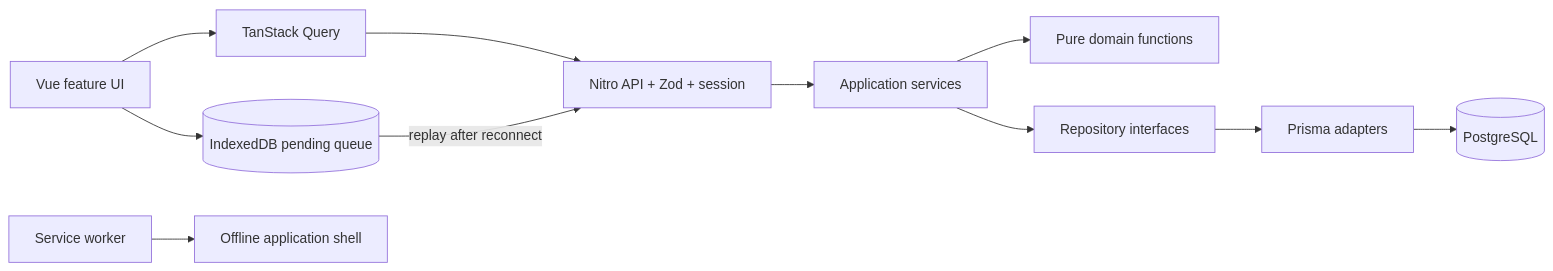
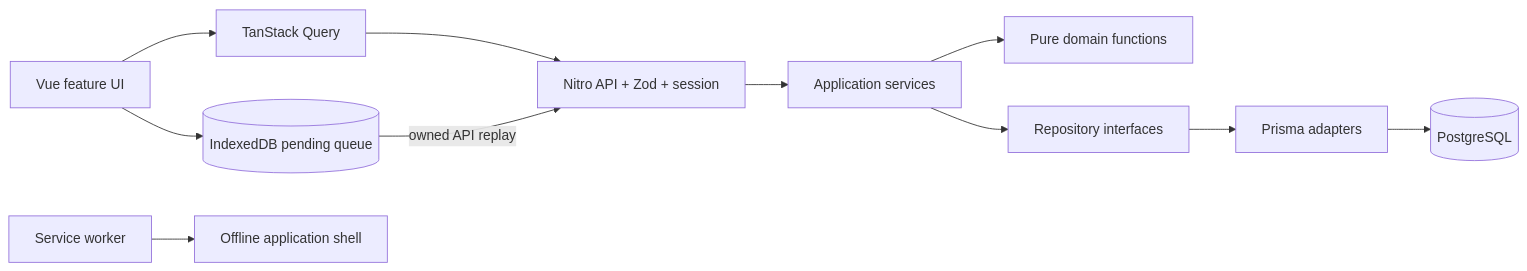
Before and after one commit to minkinad/cboost: the diagram in README.md, drawn with Mermaid. The commit also changed other lines of this file, not shown here.

````diff
--- a/README.md
+++ b/README.md
@@ -34,13 +69,13 @@
 ```mermaid
 flowchart LR
   UI[Vue feature UI] --> TQ[TanStack Query]
   TQ --> API[Nitro API + Zod + session]
   API --> SVC[Application services]
   SVC --> DOM[Pure domain functions]
   SVC --> REP[Repository interfaces]
   REP --> PRI[Prisma adapters]
   PRI --> PG[(PostgreSQL)]
   UI --> IDB[(IndexedDB pending queue)]
-  IDB -->|replay after reconnect| API
+  IDB -->|owned API replay| API
   SW[Service worker] --> SHELL[Offline application shell]
 ```
````
